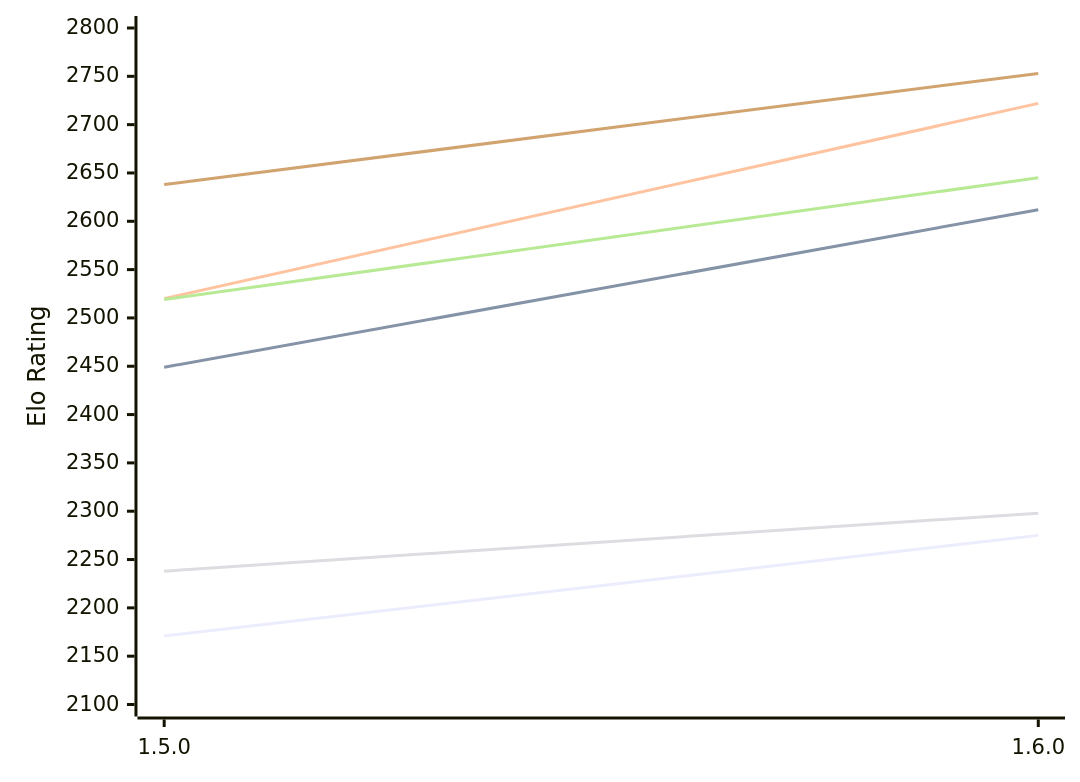
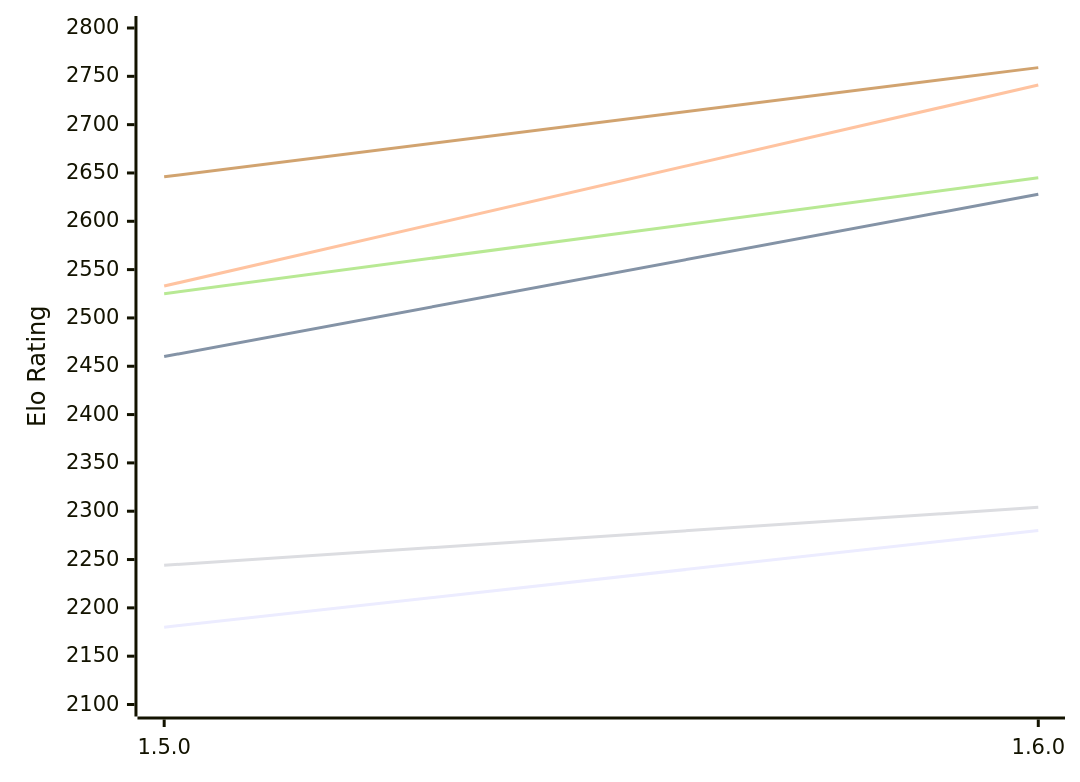
The first of 2 diagrams in engines/Tofiks.md (computer-chess-index/cci), drawn with Mermaid before and after one commit. The commit also changed other lines of this file, not shown here.

Commit message:
Update CCI Ratings (ELO VLTC) - 2026-10-25

````diff
--- a/engines/Tofiks.md
+++ b/engines/Tofiks.md
@@ -51,12 +51,12 @@
 ```mermaid
 %%{init: {"theme":"base","themeVariables":{"seriesColors:['#a3a3a3','#222221','#faa371']}}}%%
 xychart-beta
   x-axis ["1.5.0", "1.6.0"]
   y-axis "Elo Rating" 2100 --> 2800
-  line "E1: STC (8.0+0.08s)" [2171, 2275]
-  line "E1: LTC (60.0+0.60s)" [2449, 2612]
-  line "E1: VLTC (2m24s+1.12s)" [2520, 2722]
-  line "P1: STC (8.0+0.08s)" [2238, 2298]
-  line "P1: LTC (60.0+0.60s)" [2519, 2645]
-  line "P1: VLTC (2m24s+1.12s)" [2638, 2753]
+  line "E1: STC (8.0+0.08s)" [2180, 2280]
+  line "E1: LTC (60.0+0.60s)" [2460, 2628]
+  line "E1: VLTC (2m24s+1.12s)" [2533, 2741]
+  line "P1: STC (8.0+0.08s)" [2244, 2304]
+  line "P1: LTC (60.0+0.60s)" [2525, 2645]
+  line "P1: VLTC (2m24s+1.12s)" [2646, 2759]
 ```
````
